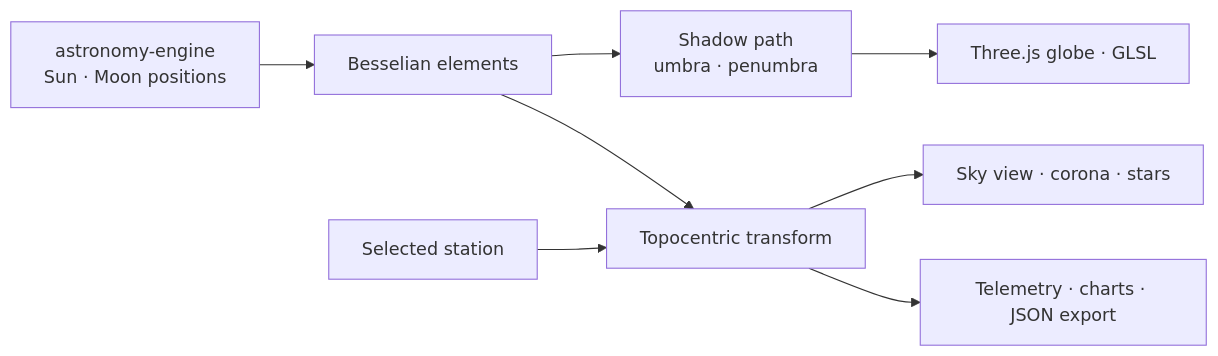
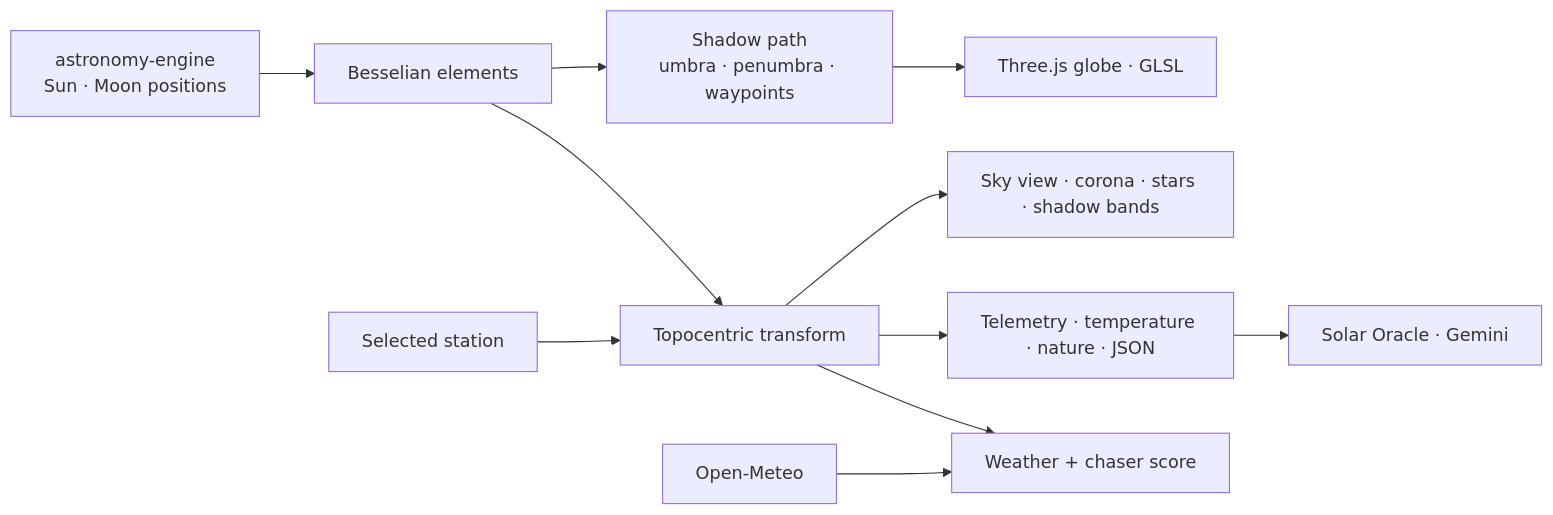
One commit to kutluhangil/SolarEclipse changed the diagram in README.md. Above: the diagram before and after it, drawn with Mermaid. The commit also changed other lines of this file and 3 other files, not shown here.

````diff
--- a/README.md
+++ b/README.md
@@ -45,9 +70,12 @@
 ```mermaid
 flowchart LR
   AE[astronomy-engine<br/>Sun · Moon positions] --> BE[Besselian elements]
-  BE --> SH[Shadow path<br/>umbra · penumbra]
+  BE --> SH[Shadow path<br/>umbra · penumbra · waypoints]
   SH --> G[Three.js globe · GLSL]
   ST[Selected station] --> TOPO[Topocentric transform]
-  BE --> TOPO --> SKY[Sky view · corona · stars]
-  TOPO --> TEL[Telemetry · charts · JSON export]
+  BE --> TOPO --> SKY[Sky view · corona · stars · shadow bands]
+  TOPO --> TEL[Telemetry · temperature · nature · JSON]
+  OM[Open-Meteo] --> PLAN[Weather + chaser score]
+  TOPO --> PLAN
+  TEL --> AI[Solar Oracle · Gemini]
 ```
````
